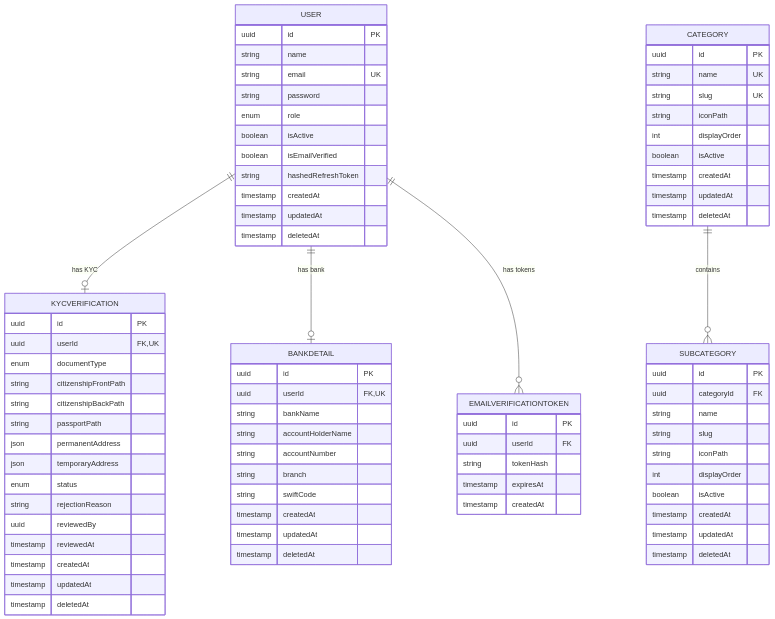
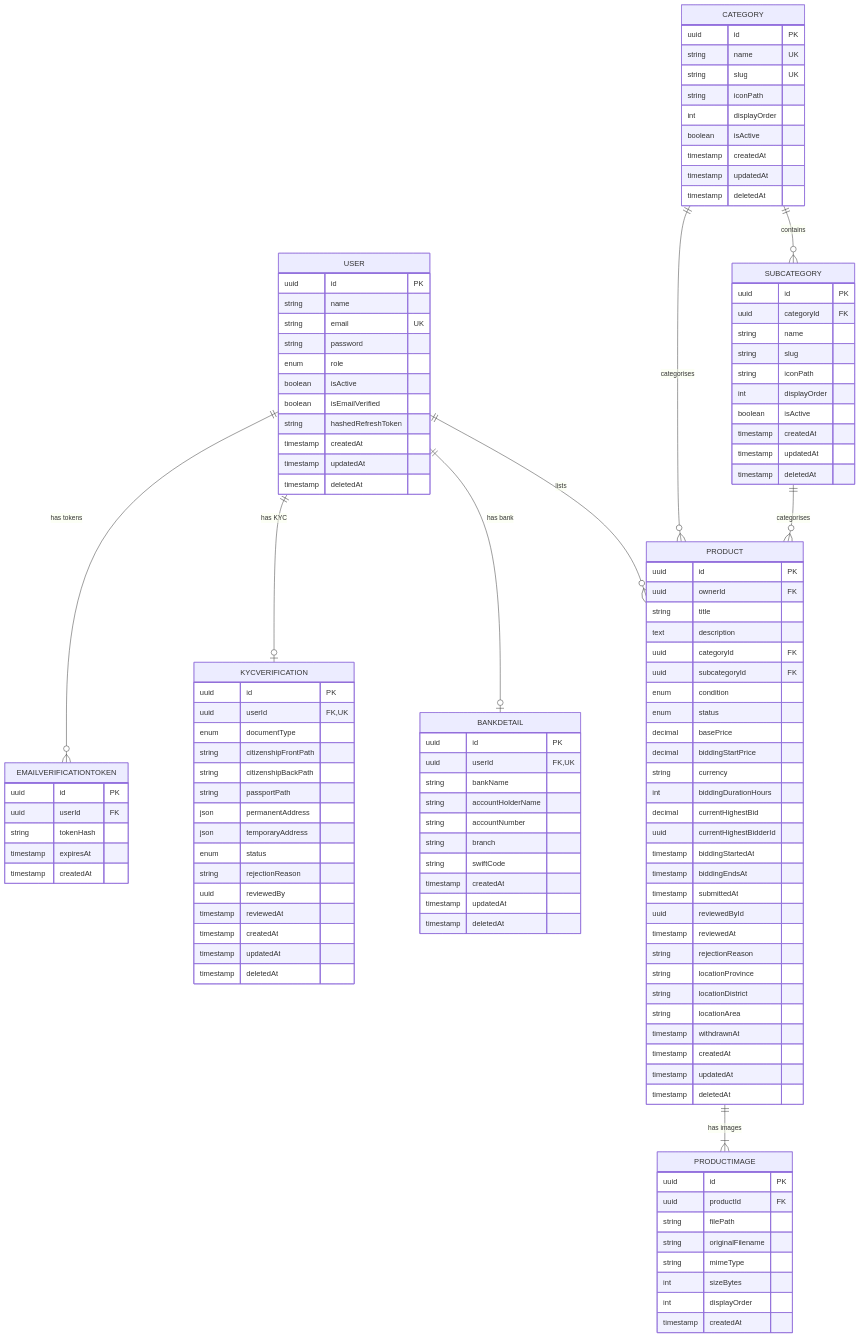
One commit to PRASESH1999/nestjs-bids-bazar-api changed the second of 2 diagrams in docs/database-schema.md. Above: the diagram before and after it, drawn with Mermaid. The commit also changed other lines of this file and 173 other files, not shown here.

````diff
--- a/docs/database-schema.md
+++ b/docs/database-schema.md
@@ -101,8 +105,53 @@
         timestamp deletedAt
     }
 
+    PRODUCT {
+        uuid id PK
+        uuid ownerId FK
+        string title
+        text description
+        uuid categoryId FK
+        uuid subcategoryId FK
+        enum condition
+        enum status
+        decimal basePrice
+        decimal biddingStartPrice
+        string currency
+        int biddingDurationHours
+        decimal currentHighestBid
+        uuid currentHighestBidderId
+        timestamp biddingStartedAt
+        timestamp biddingEndsAt
+        timestamp submittedAt
+        uuid reviewedById
+        timestamp reviewedAt
+        string rejectionReason
+        string locationProvince
+        string locationDistrict
+        string locationArea
+        timestamp withdrawnAt
+        timestamp createdAt
+        timestamp updatedAt
+        timestamp deletedAt
+    }
+
+    PRODUCTIMAGE {
+        uuid id PK
+        uuid productId FK
+        string filePath
+        string originalFilename
+        string mimeType
+        int sizeBytes
+        int displayOrder
+        timestamp createdAt
+    }
+
     USER ||--o| KYCVERIFICATION : "has KYC"
     USER ||--o| BANKDETAIL : "has bank"
     USER ||--o{ EMAILVERIFICATIONTOKEN : "has tokens"
+    USER ||--o{ PRODUCT : "lists"
     CATEGORY ||--o{ SUBCATEGORY : "contains"
+    CATEGORY ||--o{ PRODUCT : "categorises"
+    SUBCATEGORY ||--o{ PRODUCT : "categorises"
+    PRODUCT ||--|{ PRODUCTIMAGE : "has images"
 ```
````
